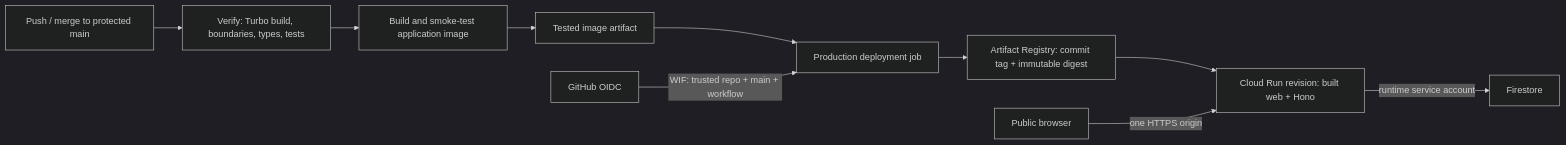
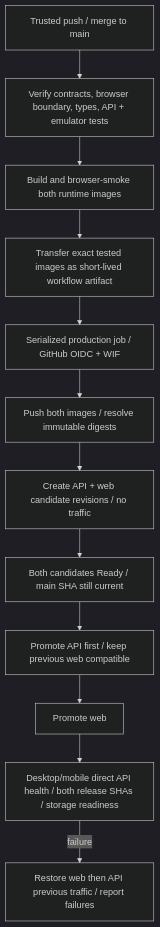
One commit to adwait-kalsekar/kavach changed the second of 2 diagrams in docs/architecture/gcp-deployment.md. Above: the diagram before and after it, drawn with Mermaid (dark theme). The commit also changed other lines of this file and 47 other files, not shown here.

Commit message:
Separate React hosting and Hono into independent Cloud Run services

````diff
--- a/docs/architecture/gcp-deployment.md
+++ b/docs/architecture/gcp-deployment.md
@@ -9,12 +51,14 @@
 ```mermaid
-flowchart LR
-  G[Push / merge to protected main] --> T[Verify: Turbo build, boundaries, types, tests]
-  T --> I[Build and smoke-test application image]
-  I --> A[Tested image artifact]
-  A --> D[Production deployment job]
-  W[GitHub OIDC] -->|WIF: trusted repo + main + workflow| D
-  D --> R[Artifact Registry: commit tag + immutable digest]
-  R --> C[Cloud Run revision: built web + Hono]
-  B[Public browser] -->|one HTTPS origin| C
-  C -->|runtime service account| F[Firestore]
+flowchart TD
+  M[Trusted push / merge to main] --> V[Verify contracts, browser boundary, types, API + emulator tests]
+  V --> I[Build and browser-smoke both runtime images]
+  I --> T[Transfer exact tested images as short-lived workflow artifact]
+  T --> D[Serialized production job / GitHub OIDC + WIF]
+  D --> R[Push both images / resolve immutable digests]
+  R --> C[Create API + web candidate revisions / no traffic]
+  C --> Q[Both candidates Ready / main SHA still current]
+  Q --> A[Promote API first / keep previous web compatible]
+  A --> W[Promote web]
+  W --> S[Desktop/mobile direct API health / both release SHAs / storage readiness]
+  S -->|failure| X[Restore web then API previous traffic / report failures]
 ```
````
